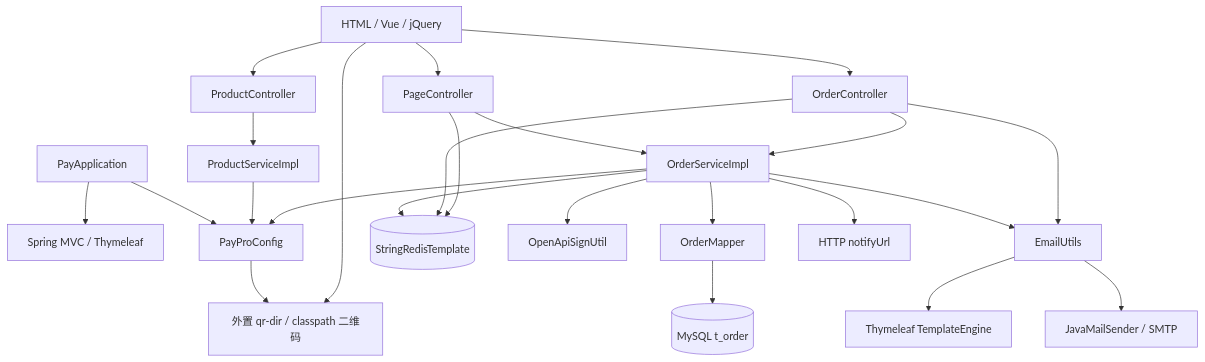
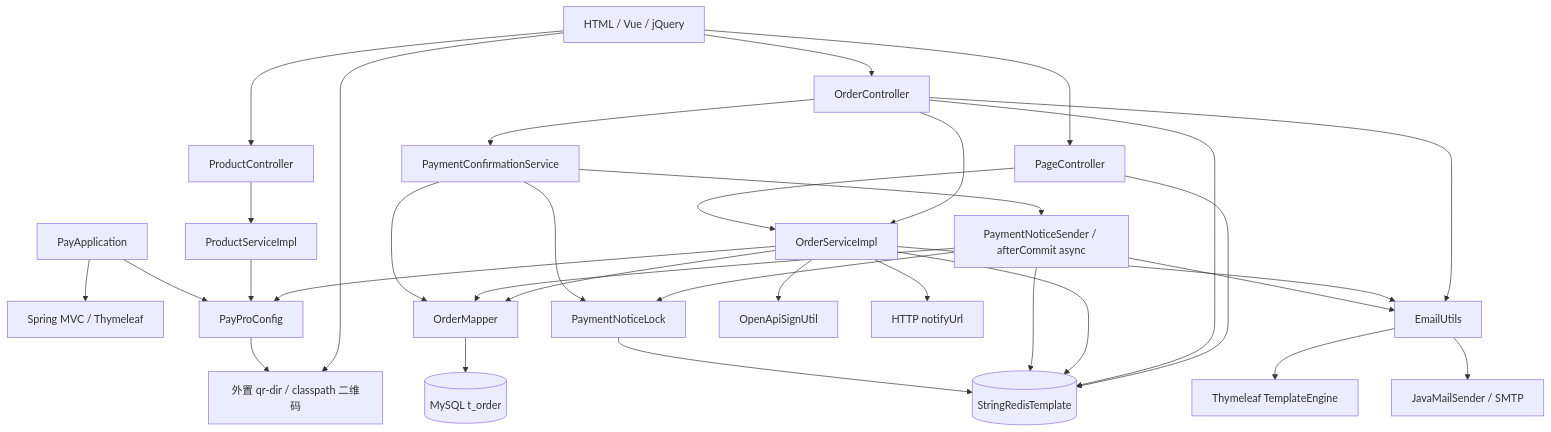
The diagram in docs/codegraph.mmd (ma906584241/PayPro), drawn with Mermaid before and after one commit. The commit also changed 48 other files, not shown here.

```diff
--- a/docs/codegraph.mmd
+++ b/docs/codegraph.mmd
@@ -1,24 +1,33 @@
 flowchart TB
     App[PayApplication] --> MVC[Spring MVC / Thymeleaf]
     App --> Config[PayProConfig]
     Front[HTML / Vue / jQuery] --> Page[PageController]
     Front --> OC[OrderController]
     Front --> PC[ProductController]
     Page --> OS[OrderServiceImpl]
     OC --> OS
+    OC --> Confirm[PaymentConfirmationService]
+    Confirm --> OM
+    Confirm --> Lock[PaymentNoticeLock]
+    Lock --> Redis
+    Confirm --> Sender[PaymentNoticeSender / afterCommit async]
+    Sender --> OM
+    Sender --> Lock
+    Sender --> Redis
+    Sender --> Mail
     PC --> PS[ProductServiceImpl]
     PS --> Config
     OS --> Config
     OS --> OM[OrderMapper]
     OM --> DB[(MySQL t_order)]
     OS --> Redis[(StringRedisTemplate)]
     OC --> Redis
     Page --> Redis
     OS --> Sign[OpenApiSignUtil]
     OS --> Mail[EmailUtils]
     OC --> Mail
     Mail --> Template[Thymeleaf TemplateEngine]
     Mail --> SMTP[JavaMailSender / SMTP]
     OS --> Callback[HTTP notifyUrl]
     Config --> QR[外置 qr-dir / classpath 二维码]
     Front --> QR
```
